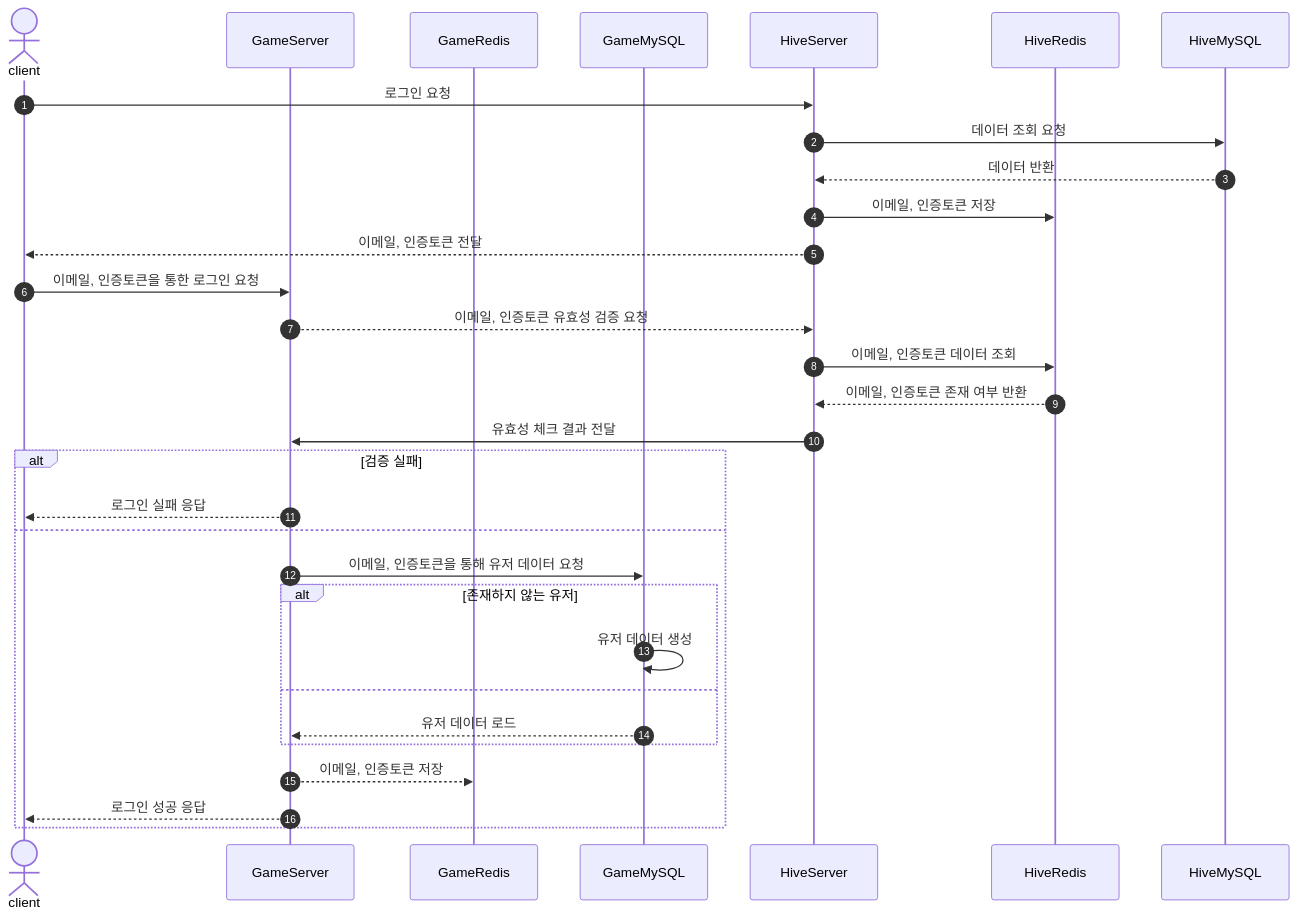
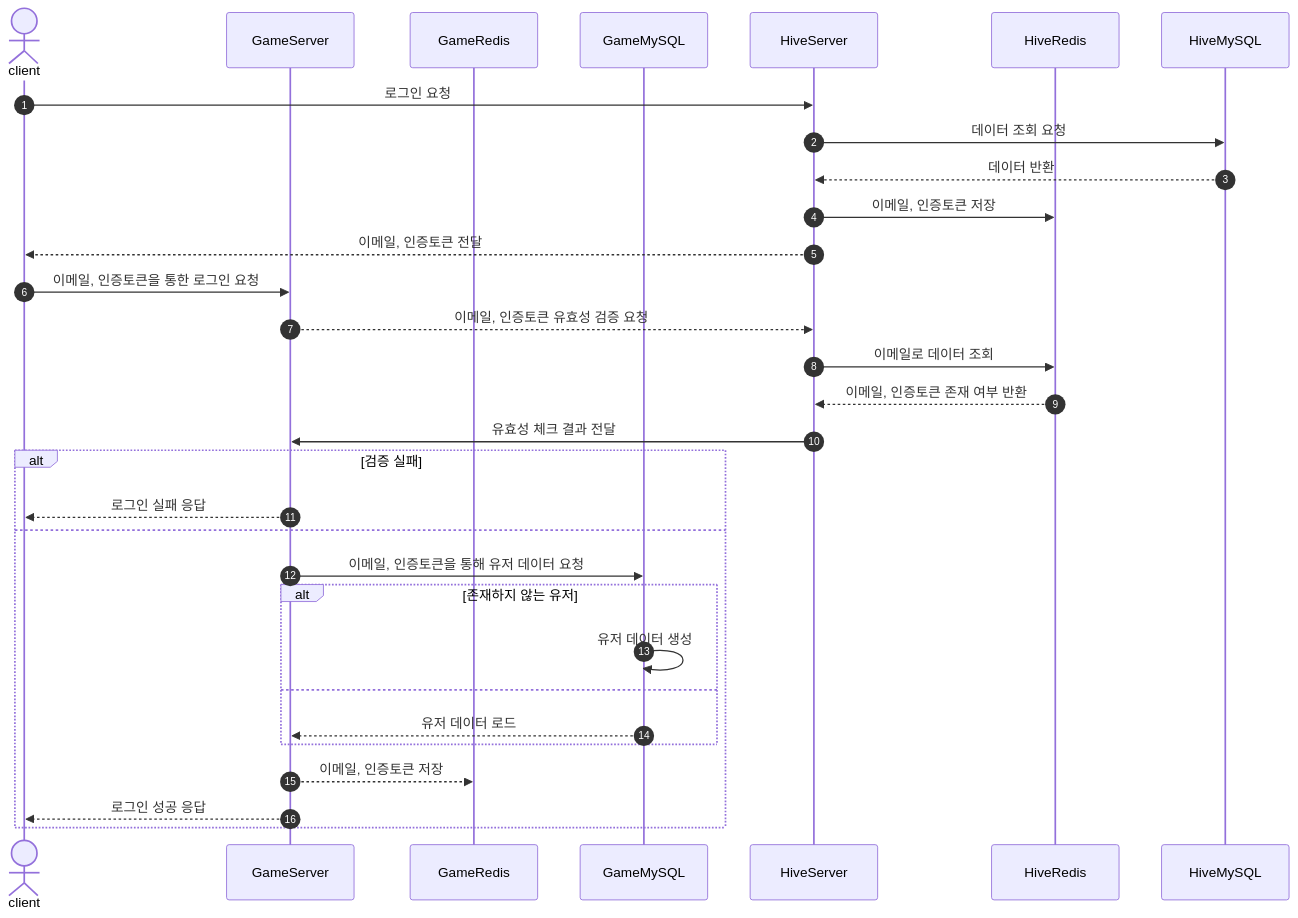
Before and after one commit to hhes0225/OmokServer: the second of 2 diagrams in SequenceDiagram.md, drawn with Mermaid.

````diff
--- a/SequenceDiagram.md
+++ b/SequenceDiagram.md
@@ -16,33 +16,33 @@
 ```mermaid
 sequenceDiagram
   autonumber
   actor A as client
   participant B as GameServer
   participant C as GameRedis
   participant D as GameMySQL
   participant E as HiveServer
   participant F as HiveRedis
   participant G as HiveMySQL
   A->>E:로그인 요청
   E->>G: 데이터 조회 요청
   G-->>E: 데이터 반환
   E->>F: 이메일, 인증토큰 저장
   E-->>A: 이메일, 인증토큰 전달
   A->>B: 이메일, 인증토큰을 통한 로그인 요청
   B-->>E: 이메일, 인증토큰 유효성 검증 요청
-  E->>F: 이메일, 인증토큰 데이터 조회
+  E->>F: 이메일로 데이터 조회
   F-->>E: 이메일, 인증토큰 존재 여부 반환
   E->>B: 유효성 체크 결과 전달
   alt 검증 실패
       B-->>A: 로그인 실패 응답
   else
       B->>D: 이메일, 인증토큰을 통해 유저 데이터 요청
       alt 존재하지 않는 유저
           D->>D: 유저 데이터 생성
       else
           D-->>B: 유저 데이터 로드
       end
       B-->>C: 이메일, 인증토큰 저장
       B-->>A: 로그인 성공 응답
   end
 ```
````
